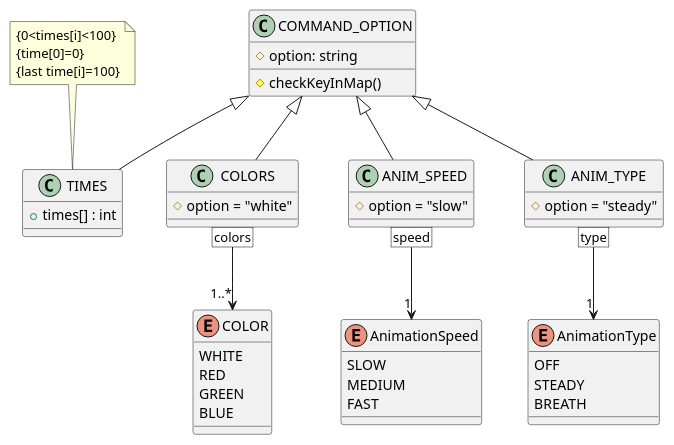
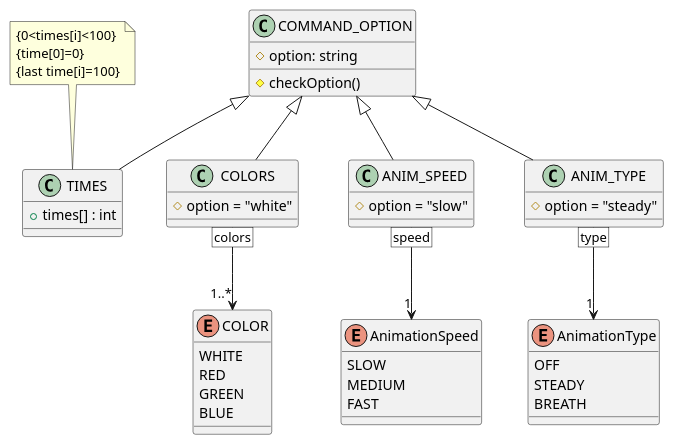
The diagram in docs/diagrams/src/command_option.wsd (lulu731/keybd_led), drawn with PlantUML before and after one commit.

Commit message:
uml: refactor method name in COMMAND_OPTION class

```diff
--- a/docs/diagrams/src/command_option.wsd
+++ b/docs/diagrams/src/command_option.wsd
@@ -1,71 +1,71 @@
 @startuml cmd_option diagram
 
 class COMMAND_OPTION
 {
     #option: string
-    #checkKeyInMap()
+    #checkOption()
 }
 
 COMMAND_OPTION <|-- TIMES
 COMMAND_OPTION <|-- COLORS
 COMMAND_OPTION <|-- ANIM_SPEED
 COMMAND_OPTION <|-- ANIM_TYPE
 
 '----- COLORS -----
 class COLORS
 {
     #option = "white"
 }
 
 enum COLOR
 {
     WHITE
     RED
     GREEN
     BLUE
 }
 
 COLORS [colors] --> "1..*" COLOR
 
 '----- TIMES -----
 class TIMES
 {
     +times[] : int
 }
 
 note top of TIMES
     {0<times[i]<100}
     {time[0]=0}
     {last time[i]=100}
 end note
 
 '----- ANIMATION -----
 enum AnimationType
 {
     OFF
     STEADY
     BREATH
 }
 
 class ANIM_TYPE
 {
     #option = "steady"
 }
 
 ANIM_TYPE [type] --> "1" AnimationType
 
 enum AnimationSpeed
 {
     SLOW
     MEDIUM
     FAST
 }
 
 class ANIM_SPEED
 {
     #option = "slow"
 }
 
 ANIM_SPEED [speed] --> "1" AnimationSpeed
 
 @enduml
```
